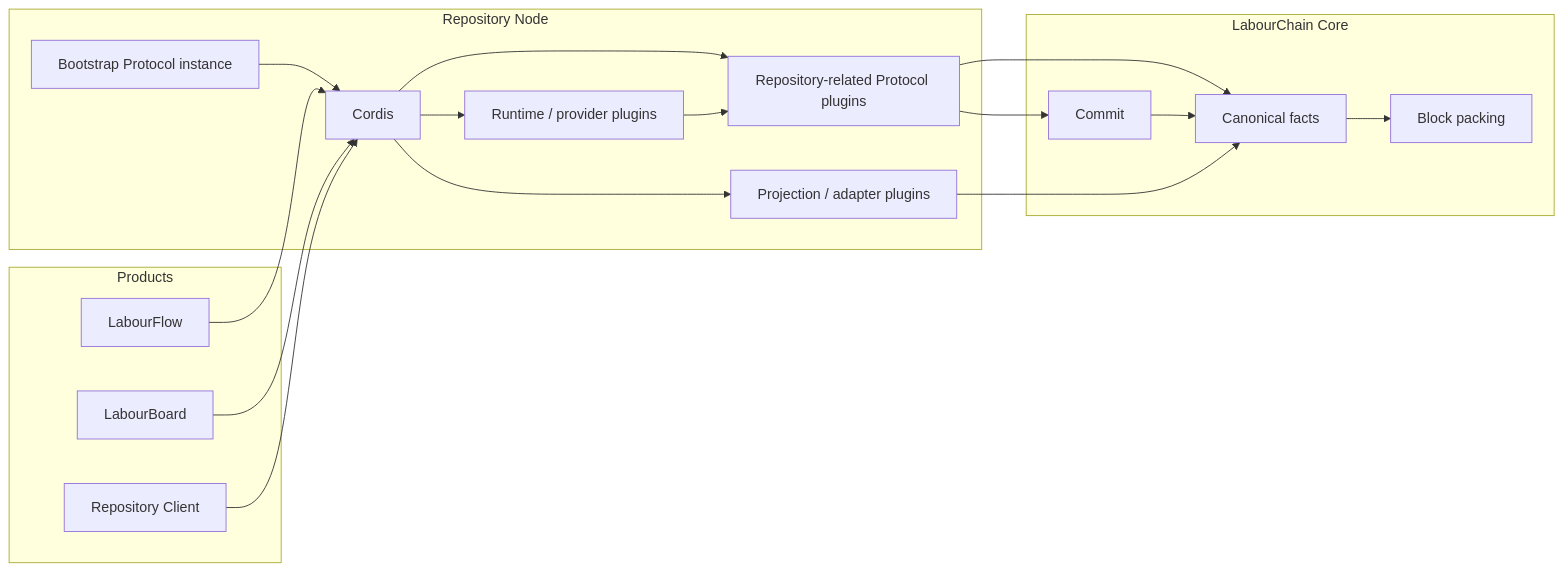
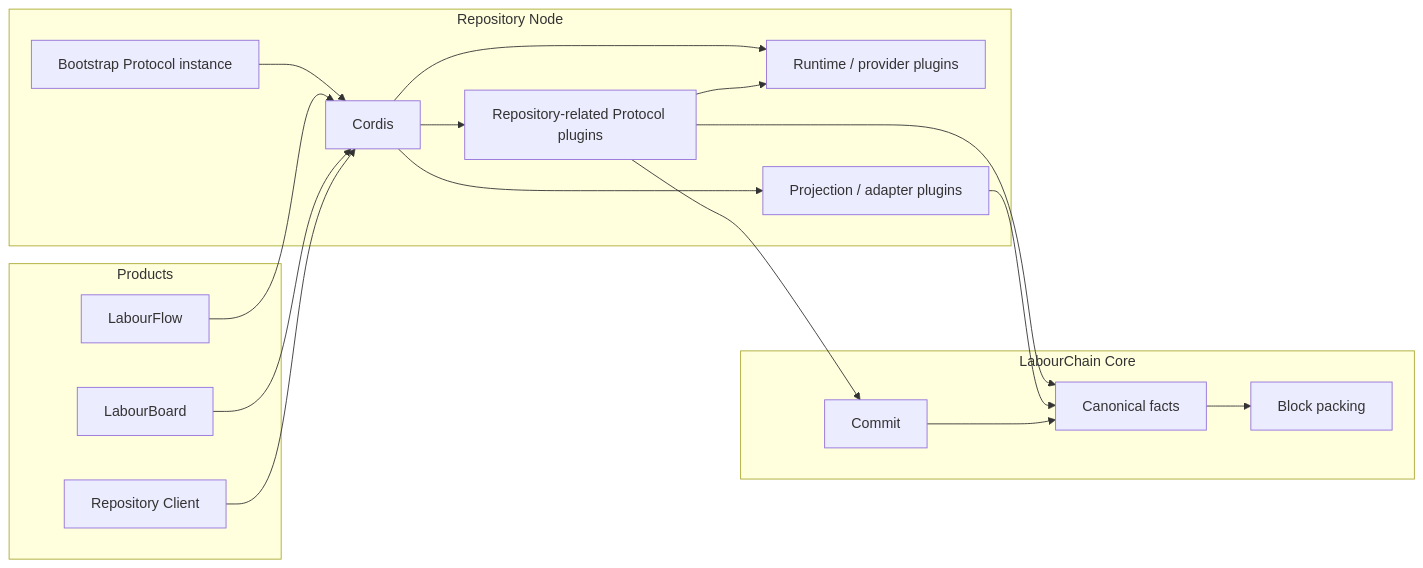
Before and after one commit to labourchain/repository: the second of 4 diagrams in docs/architecture.md, drawn with Mermaid.

Commit message:
docs: refine repository dependency flow

````diff
--- a/docs/architecture.md
+++ b/docs/architecture.md
@@ -96,38 +96,38 @@
 ```mermaid
 flowchart LR
     subgraph Products["Products"]
         Flow["LabourFlow"]
         Board["LabourBoard"]
         Client["Repository Client"]
     end
 
     subgraph Node["Repository Node"]
         Bootstrap["Bootstrap Protocol instance"]
         Cordis["Cordis"]
         RepoPlugins["Repository-related Protocol plugins"]
         Providers["Runtime / provider plugins"]
         Views["Projection / adapter plugins"]
     end
 
     subgraph Core["LabourChain Core"]
         Facts["Canonical facts"]
         Commit["Commit"]
         Block["Block packing"]
     end
 
     Bootstrap --> Cordis
     Cordis --> RepoPlugins
     Cordis --> Providers
     Cordis --> Views
 
     Flow --> Cordis
     Board --> Cordis
     Client --> Cordis
 
+    RepoPlugins --> Providers
     RepoPlugins --> Facts
     RepoPlugins --> Commit
-    Providers --> RepoPlugins
     Views --> Facts
     Commit --> Facts
     Facts --> Block
 ```
````
